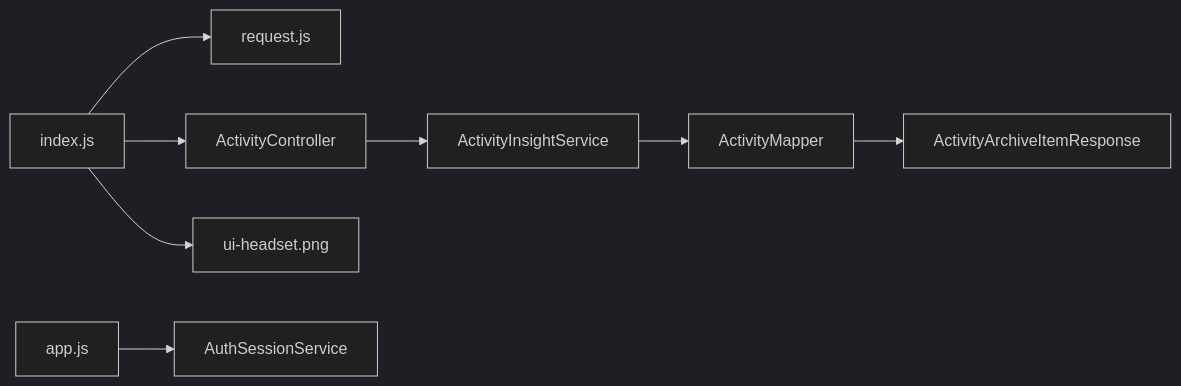
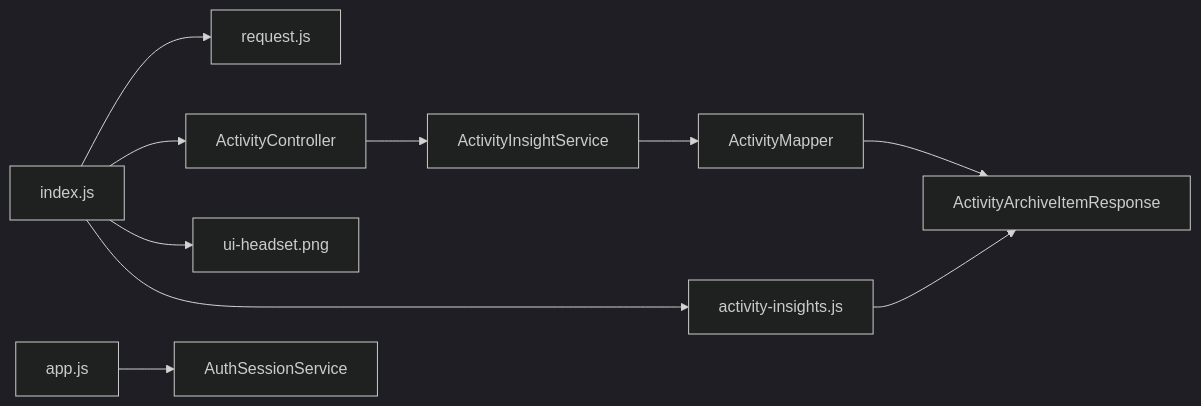
The sixth of 6 diagrams in .qoder/repowiki/zh/content/前端开发/页面组件开发/活动列表页面开发.md (cwxiao/zugeju), drawn with Mermaid (dark theme) before and after one commit. The commit also changed other lines of this file and 47 other files, not shown here.

````diff
--- a/.qoder/repowiki/zh/content/前端开发/页面组件开发/活动列表页面开发.md
+++ b/.qoder/repowiki/zh/content/前端开发/页面组件开发/活动列表页面开发.md
@@ -380,10 +427,12 @@
 ```mermaid
 graph LR
 IndexJS["index.js"] --> RequestJS["request.js"]
 IndexJS --> ActivityController["ActivityController"]
 IndexJS --> HeadsetImage["ui-headset.png"]
+IndexJS --> ActivityInsights["activity-insights.js"]
 ActivityController --> ActivityInsightService["ActivityInsightService"]
 ActivityInsightService --> ActivityMapper["ActivityMapper"]
 ActivityMapper --> ActivityArchiveItemResponse["ActivityArchiveItemResponse"]
 AppJS["app.js"] --> AuthSessionService["AuthSessionService"]
+ActivityInsights --> ActivityArchiveItemResponse
 ```
````
